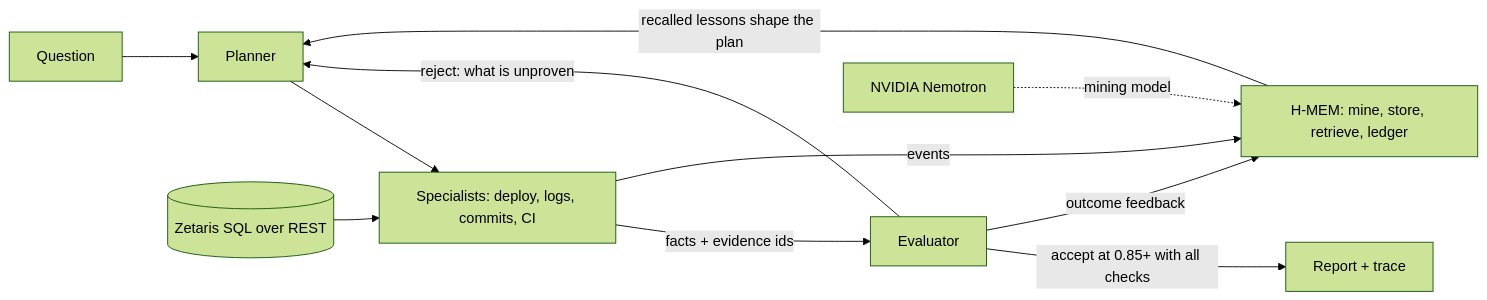
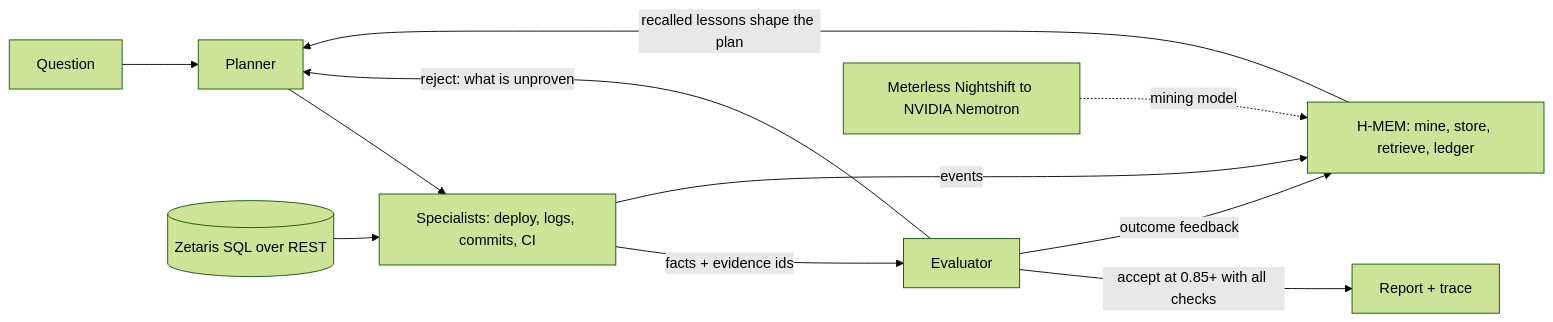
The diagram in README.md (hisham-droid/open-agent-hackathon-2026), drawn with Mermaid (forest theme) before and after one commit. The commit also changed other lines of this file and 101 other files, not shown here.

````diff
--- a/README.md
+++ b/README.md
@@ -20,13 +20,13 @@
 ```mermaid
 flowchart LR
   Q[Question] --> P[Planner]
   P --> S[Specialists: deploy, logs, commits, CI]
   S -->|facts + evidence ids| E[Evaluator]
   E -->|reject: what is unproven| P
   E -->|accept at 0.85+ with all checks| R[Report + trace]
   Z[(Zetaris SQL over REST)] --> S
   S -->|events| M[H-MEM: mine, store, retrieve, ledger]
-  N[NVIDIA Nemotron] -.->|mining model| M
+  N[Meterless Nightshift to NVIDIA Nemotron] -.->|mining model| M
   M -->|recalled lessons shape the plan| P
   E -->|outcome feedback| M
 ```
````
